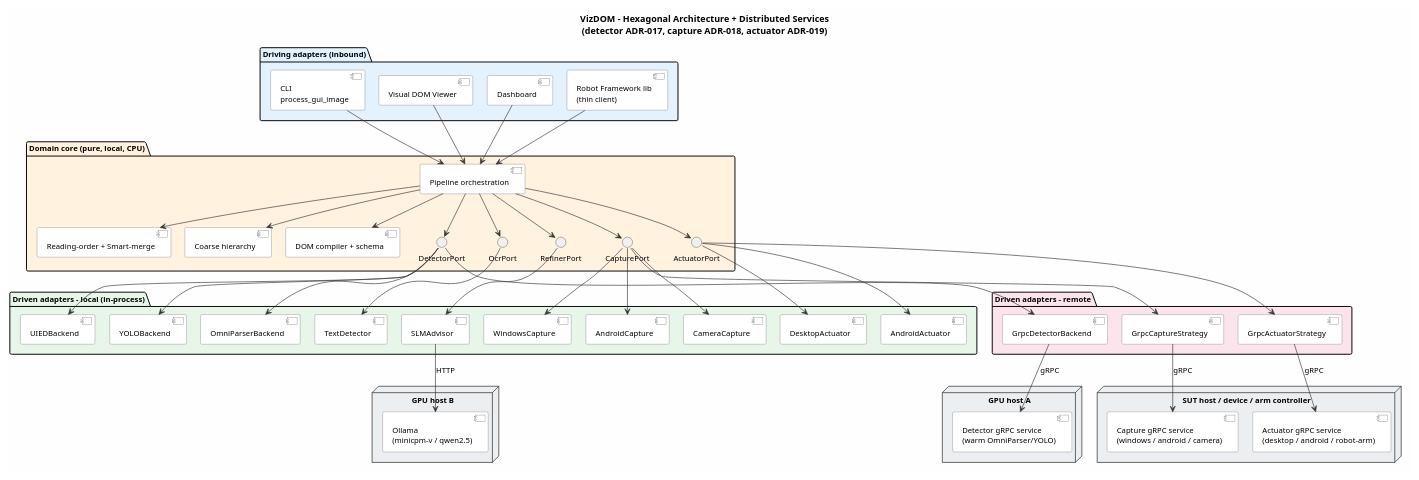
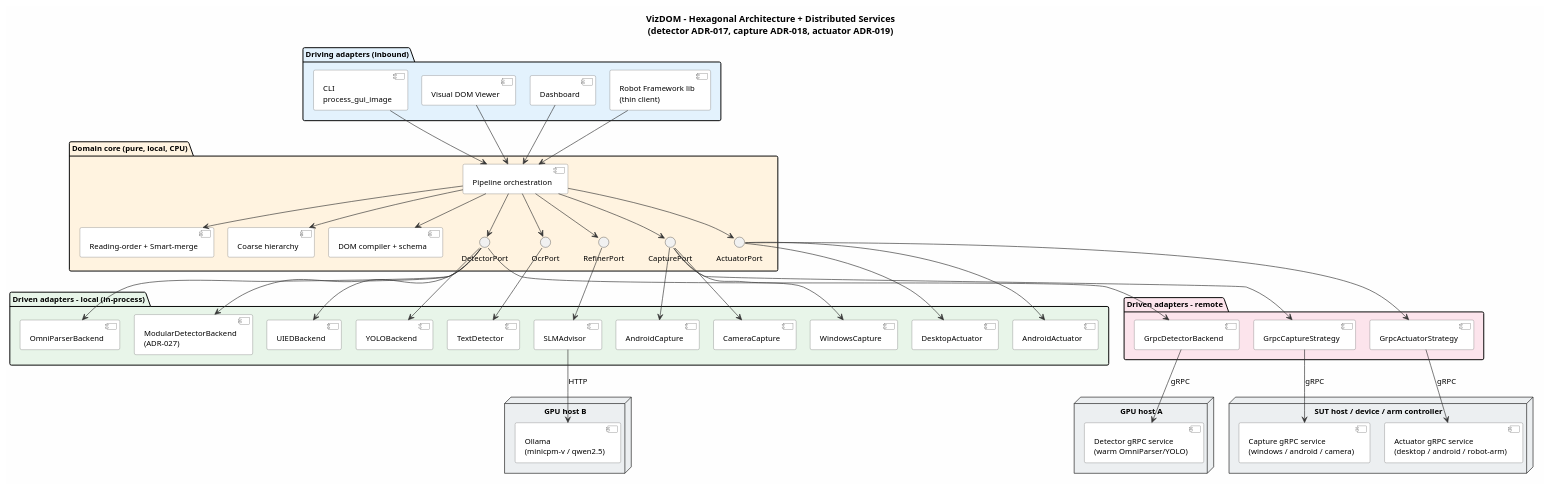
Before and after one commit to milanac030988/vizdom: the diagram in docs/diagrams/architecture.puml, drawn with PlantUML. The commit also changed 3 other files, not shown here.

First line of the commit message:
docs(diagrams): add the ADR-027 modular detector to the architecture diagrams

```diff
--- a/docs/diagrams/architecture.puml
+++ b/docs/diagrams/architecture.puml
@@ -1,103 +1,105 @@
 @startuml Architecture
 ' Uses Graphviz (dot) for clean top-to-bottom layering (needs dot / GRAPHVIZ_DOT).
 ' The other diagrams stay Smetana (graphviz-free). Keep this file ASCII-only.
 skinparam backgroundColor #FEFEFE
 skinparam defaultFontName Arial
 skinparam defaultFontSize 12
 skinparam ranksep 45
 skinparam nodesep 22
 skinparam component {
     BackgroundColor #FFFFFF
     BorderColor #666666
     ArrowColor #333333
 }
 
 title VizDOM - Hexagonal Architecture + Distributed Services\n(detector ADR-017, capture ADR-018, actuator ADR-019)
 
 package "Driving adapters (inbound)" #E3F2FD {
     [CLI\nprocess_gui_image] as cli
     [Visual DOM Viewer] as viewer
     [Dashboard] as dash
     [Robot Framework lib\n(thin client)] as rf
 }
 
 package "Domain core (pure, local, CPU)" #FFF3E0 {
     [Pipeline orchestration] as pipe
     [Reading-order + Smart-merge] as merge
     [Coarse hierarchy] as hier
     [DOM compiler + schema] as compiler
     interface "DetectorPort" as dport
     interface "OcrPort" as oport
     interface "RefinerPort" as rport
     interface "CapturePort" as cport
     interface "ActuatorPort" as aport
 }
 
 package "Driven adapters - local (in-process)" #E8F5E9 {
     [UIEDBackend] as uied
     [YOLOBackend] as yolo
     [OmniParserBackend] as omni
+    [ModularDetectorBackend\n(ADR-027)] as modular
     [TextDetector] as ocr
     [SLMAdvisor] as slm
     [WindowsCapture] as wcap
     [AndroidCapture] as acap
     [CameraCapture] as ccap
     [DesktopActuator] as dact
     [AndroidActuator] as aact
 }
 
 package "Driven adapters - remote" #FCE4EC {
     [GrpcDetectorBackend] as gclient
     [GrpcCaptureStrategy] as gcap
     [GrpcActuatorStrategy] as gact
 }
 
 node "GPU host A" #ECEFF1 {
     [Detector gRPC service\n(warm OmniParser/YOLO)] as dsvc
 }
 node "GPU host B" #ECEFF1 {
     [Ollama\n(minicpm-v / qwen2.5)] as ollama
 }
 node "SUT host / device / arm controller" #ECEFF1 {
     [Capture gRPC service\n(windows / android / camera)] as csvc
     [Actuator gRPC service\n(desktop / android / robot-arm)] as asvc
 }
 
 ' inbound -> core (all enter at the pipeline so the core stays one rank band)
 cli --> pipe
 viewer --> pipe
 dash --> pipe
 rf --> pipe
 
 ' within the core (flat: children one rank below pipe, ports included)
 pipe --> merge
 pipe --> hier
 pipe --> compiler
 pipe --> dport
 pipe --> oport
 pipe --> rport
 pipe --> cport
 pipe --> aport
 
 ' ports -> driven adapters (below the core)
 dport --> uied
 dport --> yolo
 dport --> omni
+dport --> modular
 dport --> gclient
 oport --> ocr
 rport --> slm
 cport --> wcap
 cport --> acap
 cport --> ccap
 cport --> gcap
 aport --> dact
 aport --> aact
 aport --> gact
 
 ' remote adapters -> external hosts (bottom)
 gclient --> dsvc : gRPC
 slm --> ollama : HTTP
 gcap --> csvc : gRPC
 gact --> asvc : gRPC
 
 @enduml
```
